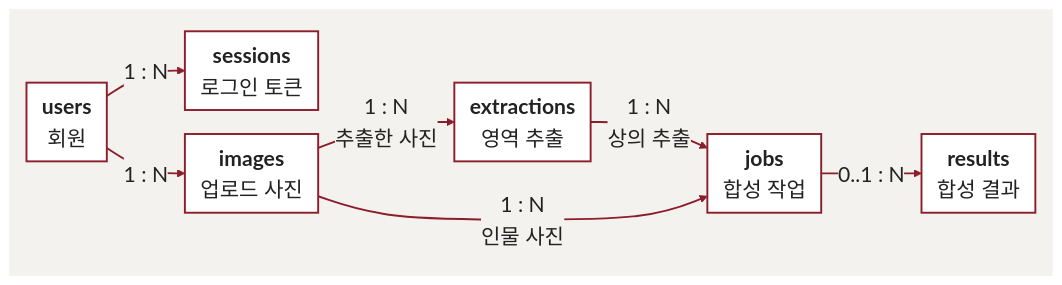
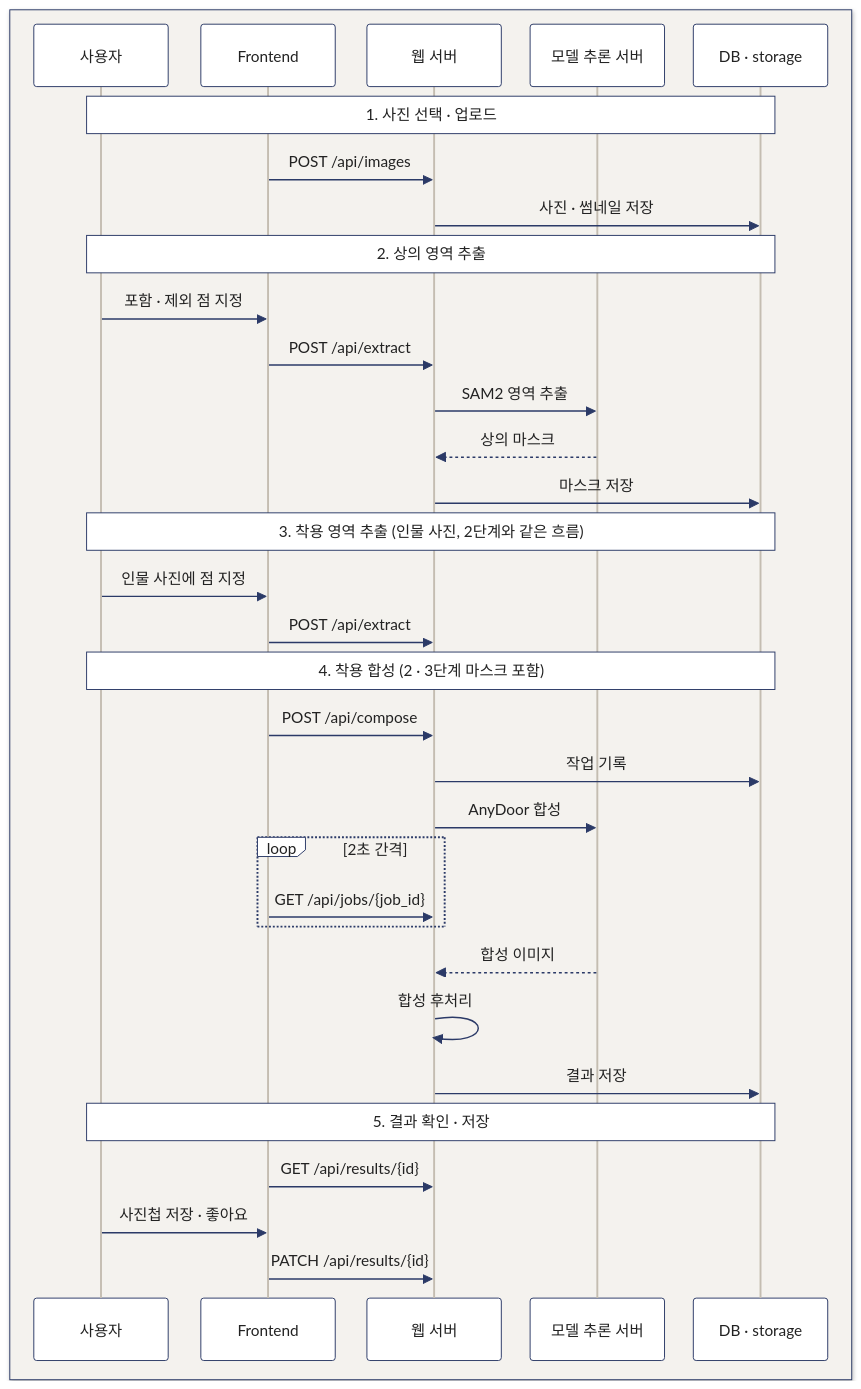
The first of 6 diagrams in README.md (Jenny5789/CGI_MOA), drawn with Mermaid before and after one commit. The commit also changed other lines of this file and 17 other files, not shown here.

````diff
--- a/README.md
+++ b/README.md
@@ -112,23 +139,37 @@
 ```mermaid
-%%{init: {'theme':'base','themeVariables':{'fontSize':'22px','primaryColor':'#ffffff','primaryBorderColor':'#8c1d2b','primaryTextColor':'#222222','textColor':'#222222','nodeTextColor':'#222222','titleColor':'#222222','lineColor':'#8c1d2b','edgeLabelBackground':'#f4f2ee','clusterBkg':'#f4f2ee','clusterBorder':'#f4f2ee','mainBkg':'#ffffff','nodeBorder':'#8c1d2b'},'flowchart':{'nodeSpacing':25,'rankSpacing':10,'curve':'basis','padding':8}}}%%
-flowchart LR
-    subgraph wrap[" "]
-        direction LR
-        users["<b>users</b><br/>회원"]
-        sessions["<b>sessions</b><br/>로그인 토큰"]
-        images["<b>images</b><br/>업로드 사진"]
-        extractions["<b>extractions</b><br/>영역 추출"]
-        jobs["<b>jobs</b><br/>합성 작업"]
-        results["<b>results</b><br/>합성 결과"]
-        users -->|"1 : N"| sessions
-        users -->|"1 : N"| images
-        images -->|"1 : N<br/>추출한 사진"| extractions
-        extractions -->|"1 : N<br/>상의 추출"| jobs
-        images -->|"1 : N<br/>인물 사진"| jobs
-        jobs -->|"0..1 : N"| results
+%%{init: {'theme':'base','themeVariables':{'fontSize':'18px','primaryColor':'#ffffff','primaryBorderColor':'#2b3a67','primaryTextColor':'#222222','textColor':'#222222','lineColor':'#2b3a67','mainBkg':'#ffffff','nodeBorder':'#2b3a67','secondaryColor':'#f4f2ee','tertiaryColor':'#f4f2ee','edgeLabelBackground':'#f4f2ee','actorBkg':'#ffffff','actorBorder':'#2b3a67','actorTextColor':'#222222','actorLineColor':'#c4bdb1','signalColor':'#2b3a67','signalTextColor':'#222222','labelBoxBkgColor':'#ffffff','labelBoxBorderColor':'#2b3a67','labelTextColor':'#222222','loopTextColor':'#222222','noteBkgColor':'#ffffff','noteBorderColor':'#2b3a67','noteTextColor':'#222222'},'sequence':{'actorMargin':30,'width':140,'wrap':true}}}%%
+sequenceDiagram
+    box rgb(244,242,238)
+        participant U as 사용자
+        participant F as Frontend
+        participant B as 웹 서버
+        participant A as 모델 추론 서버
+        participant S as DB · storage
     end
-    classDef tbl fill:#ffffff,stroke:#8c1d2b,stroke-width:2px,color:#222222
-    class users,sessions,images,extractions,jobs,results tbl
-    style wrap fill:#f4f2ee,stroke:#f4f2ee,color:#222222
-    linkStyle default stroke:#8c1d2b,stroke-width:2px
+    Note over U,S: 1. 사진 선택 · 업로드
+    F->>B: POST /api/images
+    B->>S: 사진 · 썸네일 저장
+    Note over U,S: 2. 상의 영역 추출
+    U->>F: 포함 · 제외 점 지정
+    F->>B: POST /api/extract
+    B->>A: SAM2 영역 추출
+    A-->>B: 상의 마스크
+    B->>S: 마스크 저장
+    Note over U,S: 3. 착용 영역 추출 (인물 사진, 2단계와 같은 흐름)
+    U->>F: 인물 사진에 점 지정
+    F->>B: POST /api/extract
+    Note over U,S: 4. 착용 합성 (2 · 3단계 마스크 포함)
+    F->>B: POST /api/compose
+    B->>S: 작업 기록
+    B->>A: AnyDoor 합성
+    loop 2초 간격
+        F->>B: GET /api/jobs/{job_id}
+    end
+    A-->>B: 합성 이미지
+    B->>B: 합성 후처리
+    B->>S: 결과 저장
+    Note over U,S: 5. 결과 확인 · 저장
+    F->>B: GET /api/results/{id}
+    U->>F: 사진첩 저장 · 좋아요
+    F->>B: PATCH /api/results/{id}
 ```
````
